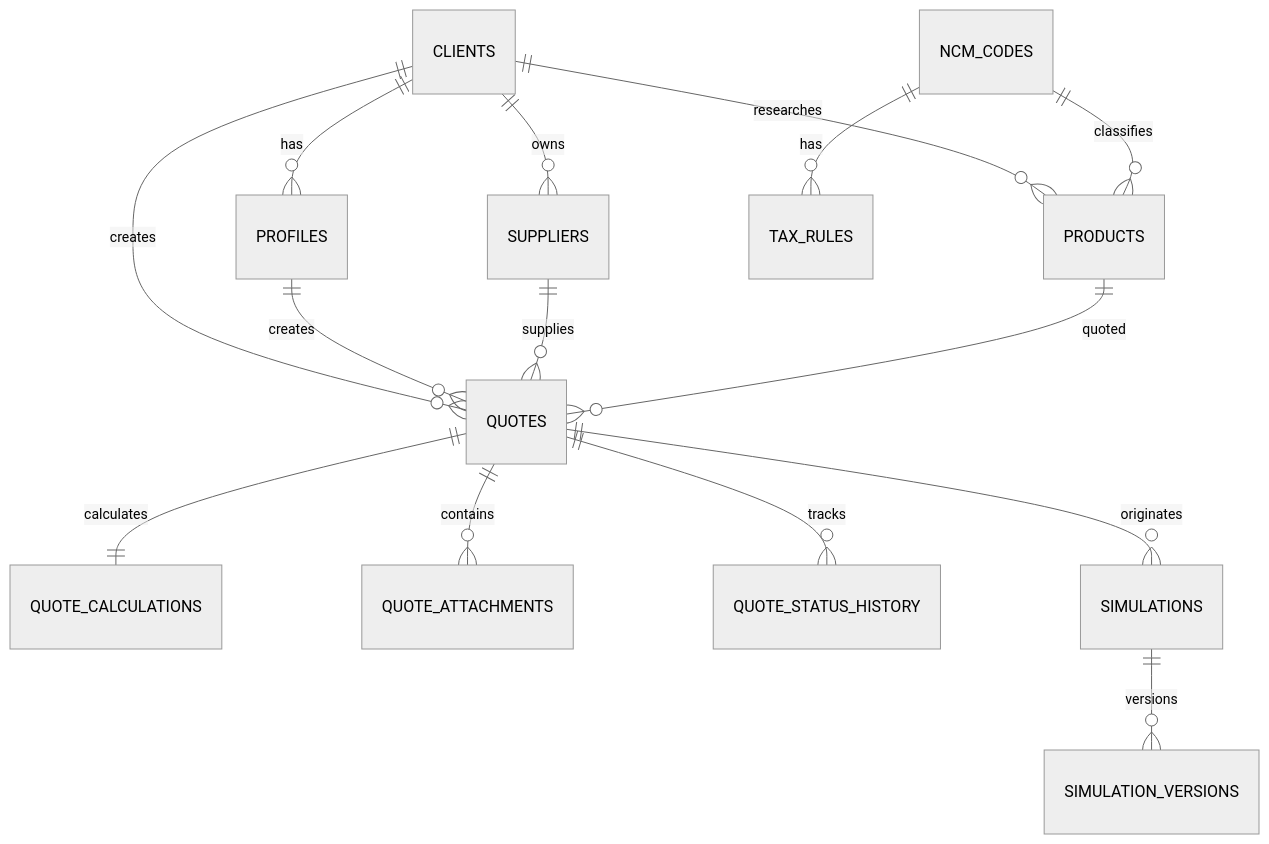
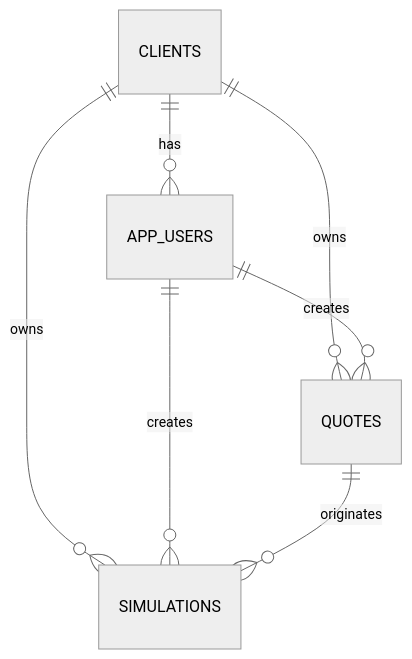
The diagram in docs/DATABASE_MODEL.md (globalrpx/calculadora), drawn with Mermaid (neutral theme) before and after one commit. The commit also changed other lines of this file and 39 other files, not shown here.

````diff
--- a/docs/DATABASE_MODEL.md
+++ b/docs/DATABASE_MODEL.md
@@ -15,17 +28,9 @@
 ```mermaid
 erDiagram
-  CLIENTS ||--o{ PROFILES : has
-  CLIENTS ||--o{ SUPPLIERS : owns
-  CLIENTS ||--o{ PRODUCTS : researches
-  CLIENTS ||--o{ QUOTES : creates
-  PROFILES ||--o{ QUOTES : creates
-  SUPPLIERS ||--o{ QUOTES : supplies
-  PRODUCTS ||--o{ QUOTES : quoted
-  NCM_CODES ||--o{ PRODUCTS : classifies
-  QUOTES ||--|| QUOTE_CALCULATIONS : calculates
-  QUOTES ||--o{ QUOTE_ATTACHMENTS : contains
-  QUOTES ||--o{ QUOTE_STATUS_HISTORY : tracks
+  CLIENTS ||--o{ APP_USERS : has
+  CLIENTS ||--o{ QUOTES : owns
+  CLIENTS ||--o{ SIMULATIONS : owns
+  APP_USERS ||--o{ QUOTES : creates
+  APP_USERS ||--o{ SIMULATIONS : creates
   QUOTES ||--o{ SIMULATIONS : originates
-  SIMULATIONS ||--o{ SIMULATION_VERSIONS : versions
-  NCM_CODES ||--o{ TAX_RULES : has
 ```
````
